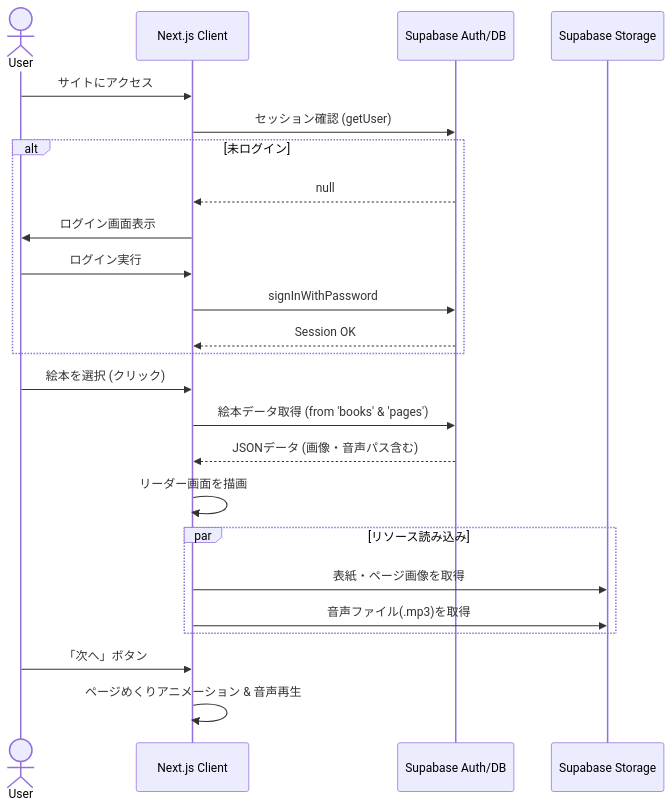
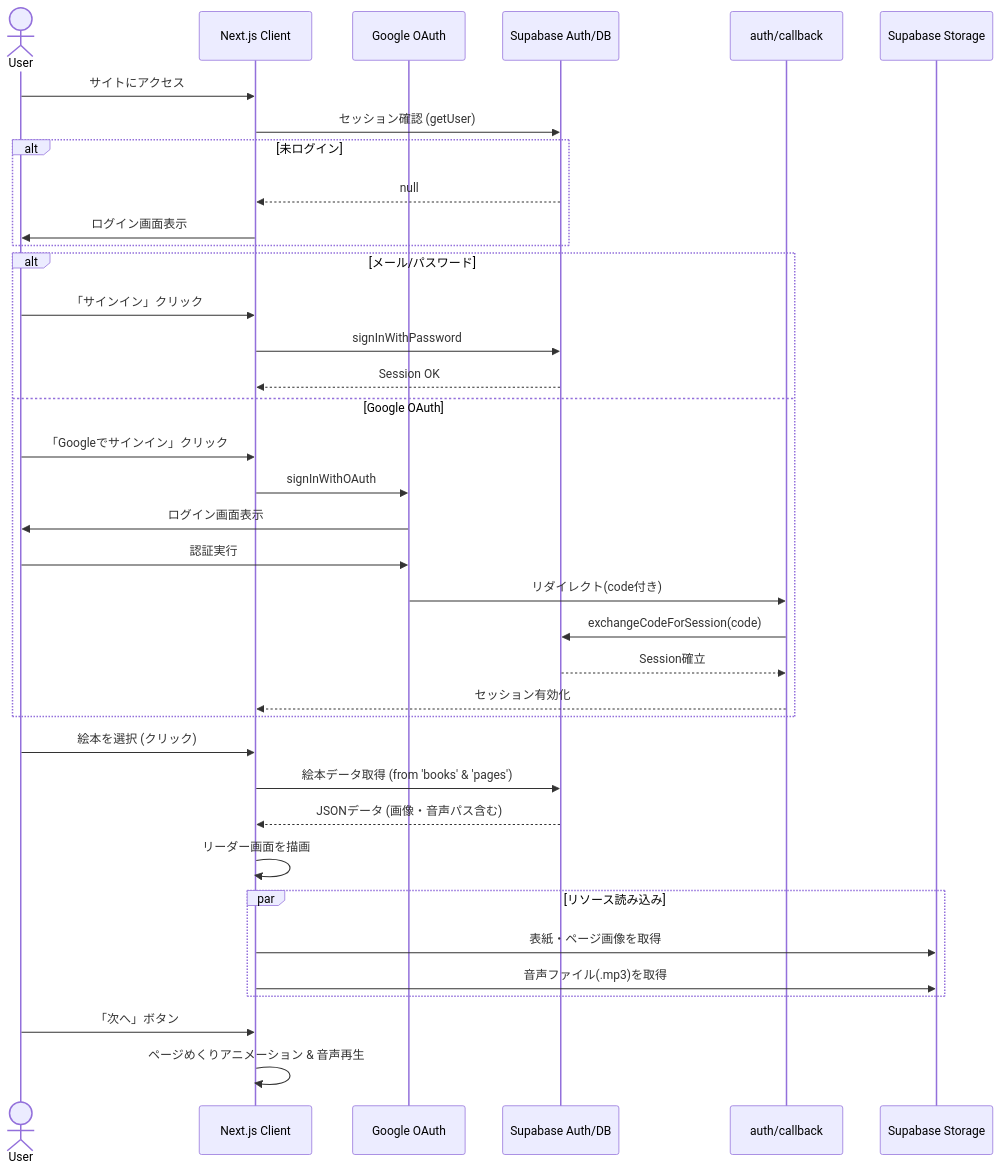
Before and after one commit to sakuran00/storybook-reader: the diagram in docs/Sequence_diagram.md, drawn with Mermaid. The commit also changed 13 other files, not shown here.

````diff
--- a/docs/Sequence_diagram.md
+++ b/docs/Sequence_diagram.md
@@ -1,32 +1,46 @@
 ```mermaid
 sequenceDiagram
     actor User
     participant NextJS as Next.js Client
+    participant Google as Google OAuth
     participant Supabase as Supabase Auth/DB
+    participant Callback as auth/callback
     participant Storage as Supabase Storage
 
     User->>NextJS: サイトにアクセス
     NextJS->>Supabase: セッション確認 (getUser)
     
     alt 未ログイン
         Supabase-->>NextJS: null
         NextJS->>User: ログイン画面表示
-        User->>NextJS: ログイン実行
+    end
+
+    alt メール/パスワード
+        User->>NextJS:「サインイン」クリック
         NextJS->>Supabase: signInWithPassword
         Supabase-->>NextJS: Session OK
+    else Google OAuth
+        User->>NextJS:「Googleでサインイン」クリック
+        NextJS->>Google: signInWithOAuth
+        Google->>User:ログイン画面表示
+        User->>Google:認証実行
+        Google->>Callback: リダイレクト(code付き)
+        Callback->>Supabase: exchangeCodeForSession(code)
+        Supabase-->>Callback: Session確立
+        Callback-->>NextJS: セッション有効化
     end
 
     User->>NextJS: 絵本を選択 (クリック)
     NextJS->>Supabase: 絵本データ取得 (from 'books' & 'pages')
     Supabase-->>NextJS: JSONデータ (画像・音声パス含む)
     
     NextJS->>NextJS: リーダー画面を描画
     
     par リソース読み込み
         NextJS->>Storage: 表紙・ページ画像を取得
         NextJS->>Storage: 音声ファイル(.mp3)を取得
     end
 
     User->>NextJS: 「次へ」ボタン
     NextJS->>NextJS: ページめくりアニメーション & 音声再生
 ```
````
